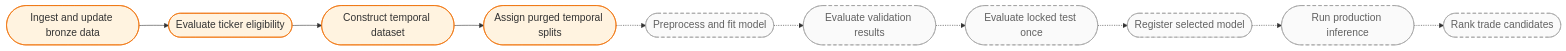
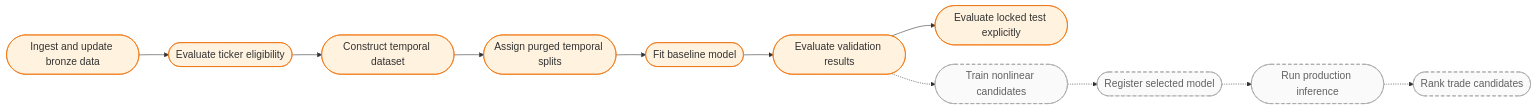
Before and after one commit to Frallmeister/swingtrader-app: the first of 4 diagrams in docs/modeling/workflows.md, drawn with Mermaid. The commit also changed other lines of this file and 34 other files, not shown here.

````diff
--- a/docs/modeling/workflows.md
+++ b/docs/modeling/workflows.md
@@ -9,22 +9,23 @@
 ```mermaid
 %%{init: {"themeVariables": {"fontSize": "18px"}, "flowchart": {"nodeSpacing": 34, "rankSpacing": 52}}}%%
 flowchart LR
     ingest([Ingest and update bronze data])
     eligibility([Evaluate ticker eligibility])
     construct([Construct temporal dataset])
     split([Assign purged temporal splits])
-    train([Preprocess and fit model])
+    train([Fit baseline model])
     validate([Evaluate validation results])
-    test([Evaluate locked test once])
+    test([Evaluate locked test explicitly])
+    advanced([Train nonlinear candidates])
     register([Register selected model])
     infer([Run production inference])
     rank([Rank trade candidates])
 
-    ingest --> eligibility --> construct --> split
-    split -.-> train -.-> validate -.-> test -.-> register -.-> infer -.-> rank
+    ingest --> eligibility --> construct --> split --> train --> validate --> test
+    validate -.-> advanced -.-> register -.-> infer -.-> rank
 
     classDef implemented fill:#fff3e0,stroke:#ef6c00
     classDef planned fill:#fafafa,stroke:#9e9e9e,color:#616161,stroke-dasharray:6 4
-    class ingest,eligibility,construct,split implemented
-    class train,validate,test,register,infer,rank planned
+    class ingest,eligibility,construct,split,train,validate,test implemented
+    class advanced,register,infer,rank planned
 ```
````
